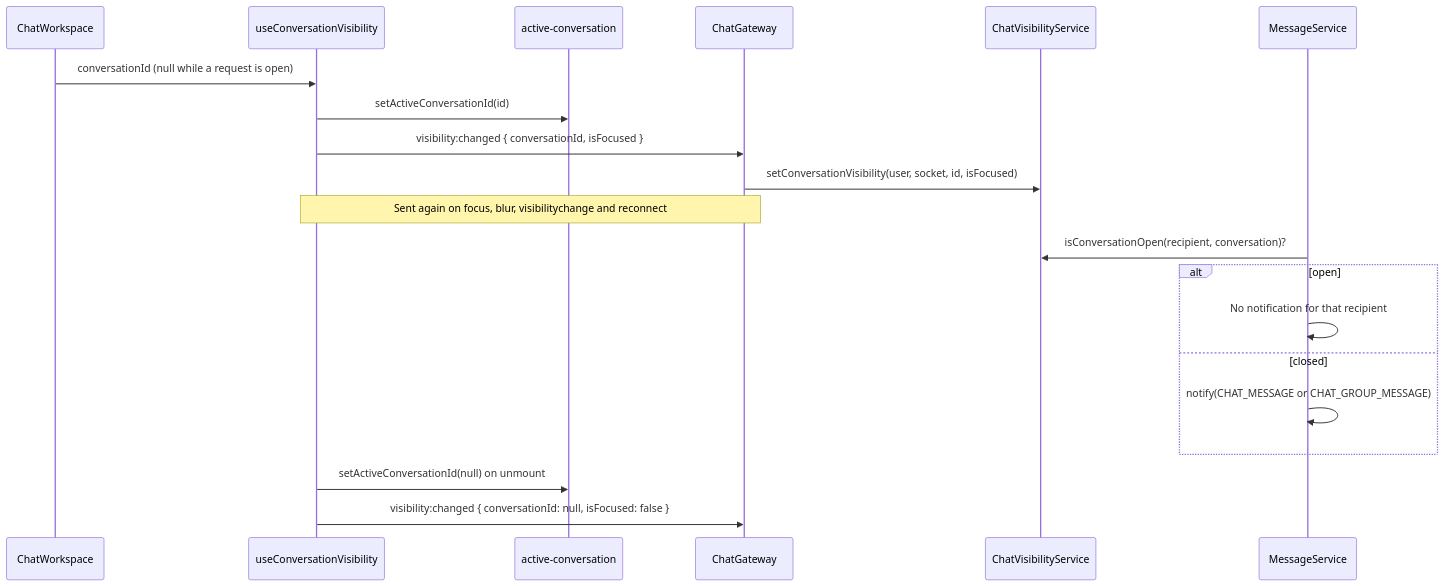
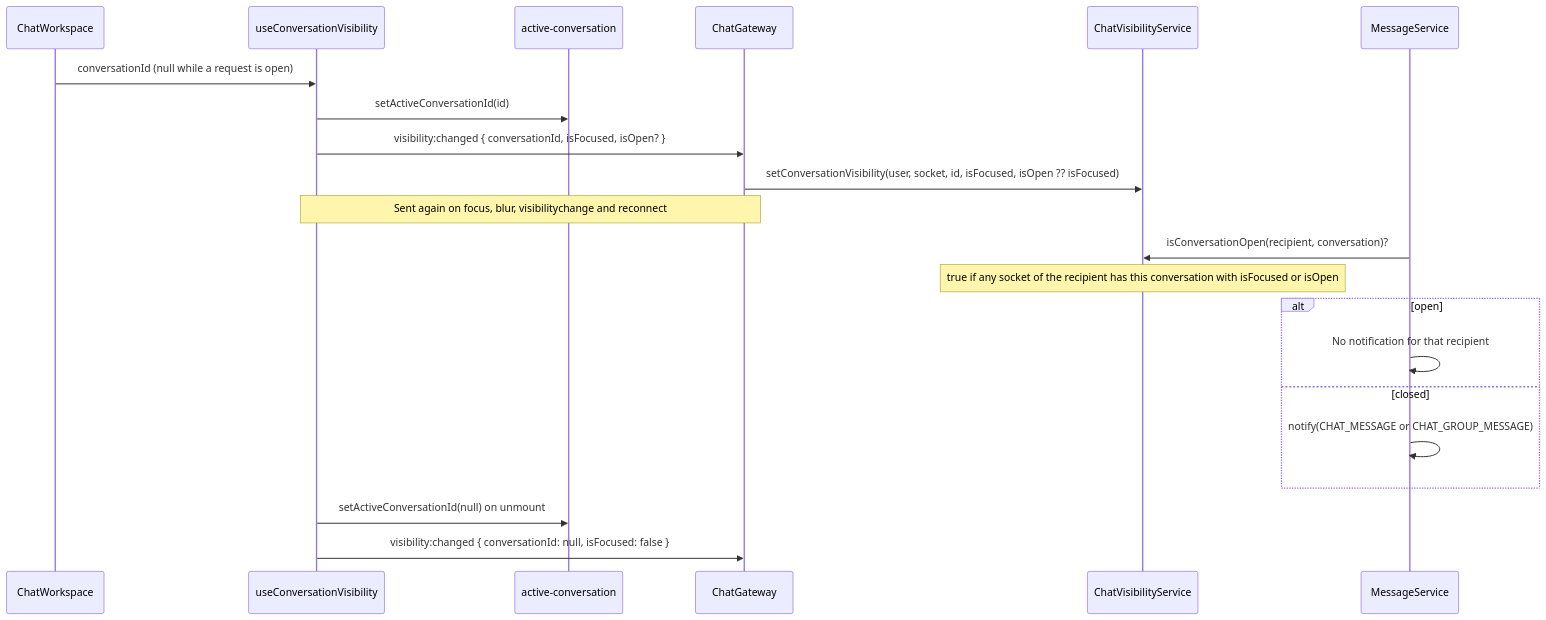
Before and after one commit to UMSSY/umssy-app: the third of 3 diagrams in docs/chat/README.md, drawn with Mermaid. The commit also changed other lines of this file and 3 other files, not shown here.

````diff
--- a/docs/chat/README.md
+++ b/docs/chat/README.md
@@ -61,22 +61,23 @@
 ```mermaid
 sequenceDiagram
   participant CW as ChatWorkspace
   participant V as useConversationVisibility
   participant AC as active-conversation
   participant GW as ChatGateway
   participant VS as ChatVisibilityService
   participant MS as MessageService
   CW->>V: conversationId (null while a request is open)
   V->>AC: setActiveConversationId(id)
-  V->>GW: visibility:changed { conversationId, isFocused }
-  GW->>VS: setConversationVisibility(user, socket, id, isFocused)
+  V->>GW: visibility:changed { conversationId, isFocused, isOpen? }
+  GW->>VS: setConversationVisibility(user, socket, id, isFocused, isOpen ?? isFocused)
   Note over V,GW: Sent again on focus, blur, visibilitychange and reconnect
   MS->>VS: isConversationOpen(recipient, conversation)?
+  Note over VS: true if any socket of the recipient has this conversation with isFocused or isOpen
   alt open
     MS->>MS: No notification for that recipient
   else closed
     MS->>MS: notify(CHAT_MESSAGE or CHAT_GROUP_MESSAGE)
   end
   V->>AC: setActiveConversationId(null) on unmount
   V->>GW: visibility:changed { conversationId: null, isFocused: false }
 ```
````
